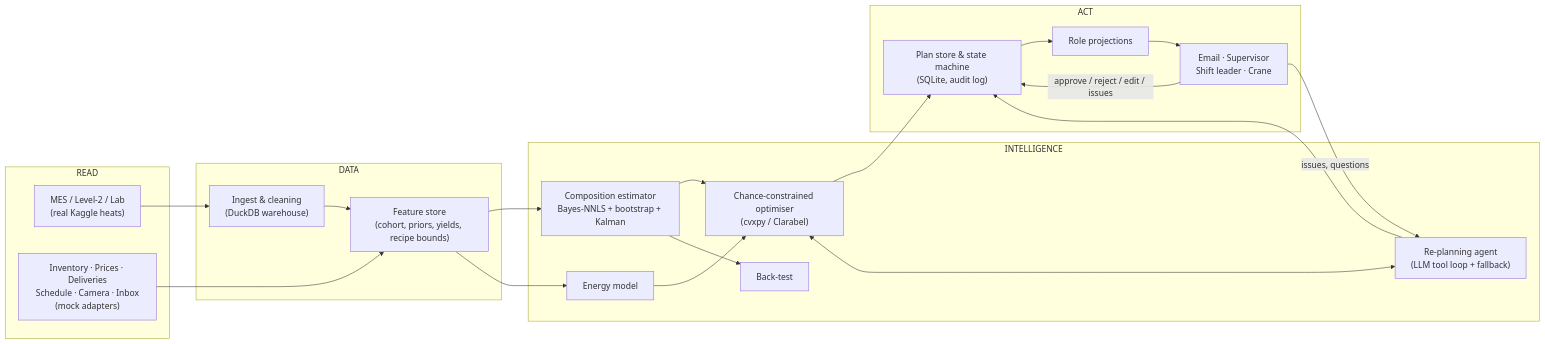
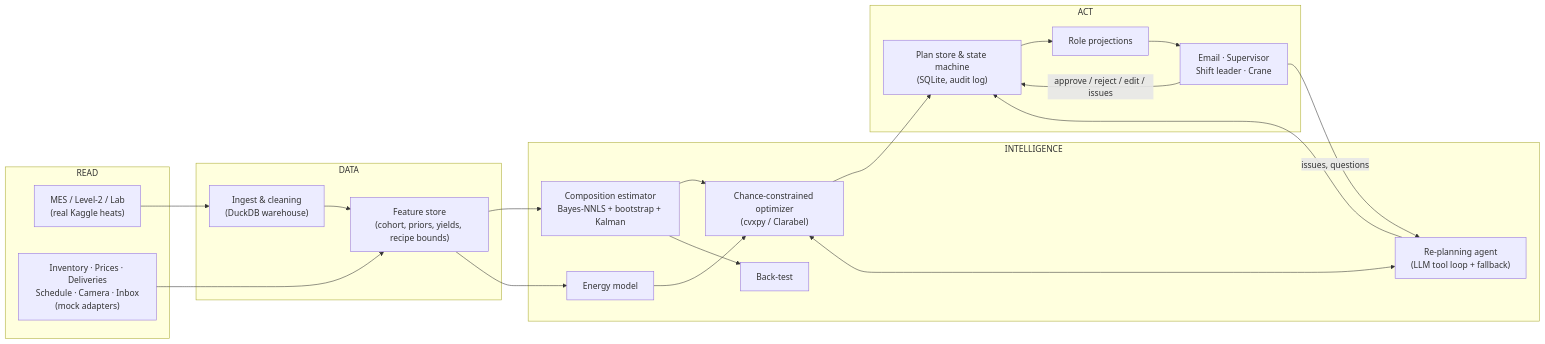
One commit to PreritSM/MeltPlan--AI-Scrap-Mix-Optimizer-for-SteelMaking changed the diagram in README.md. Above: the diagram before and after it, drawn with Mermaid. The commit also changed other lines of this file and 89 other files, not shown here.

````diff
--- a/README.md
+++ b/README.md
@@ -30,34 +51,34 @@
 ```mermaid
 flowchart LR
   subgraph READ
     MES["MES / Level-2 / Lab<br/>(real Kaggle heats)"]
     MOCK["Inventory · Prices · Deliveries<br/>Schedule · Camera · Inbox<br/>(mock adapters)"]
   end
   subgraph DATA
     ING["Ingest & cleaning<br/>(DuckDB warehouse)"]
     STORE["Feature store<br/>(cohort, priors, yields, recipe bounds)"]
   end
   subgraph INTELLIGENCE
     EST["Composition estimator<br/>Bayes-NNLS + bootstrap + Kalman"]
     EN["Energy model"]
-    OPT["Chance-constrained optimiser<br/>(cvxpy / Clarabel)"]
+    OPT["Chance-constrained optimizer<br/>(cvxpy / Clarabel)"]
     AG["Re-planning agent<br/>(LLM tool loop + fallback)"]
     BT["Back-test"]
   end
   subgraph ACT
     PL["Plan store & state machine<br/>(SQLite, audit log)"]
     ROLES["Role projections"]
     UI["Email · Supervisor<br/>Shift leader · Crane"]
   end
   MES --> ING --> STORE
   MOCK --> STORE
   STORE --> EST --> OPT
   STORE --> EN --> OPT
   OPT --> PL
   AG <--> OPT
   AG --> PL
   EST --> BT
   PL --> ROLES --> UI
   UI -- "approve / reject / edit / issues" --> PL
   UI -- "issues, questions" --> AG
 ```
````
